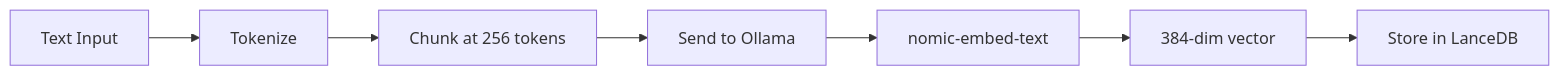
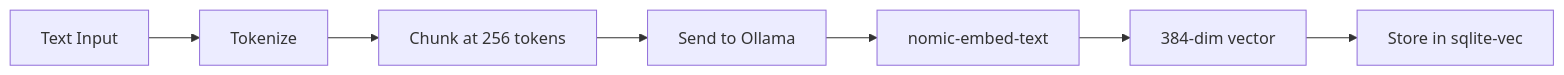
One commit to jpollock/local-addon-nexus-ai changed the fourth of 7 diagrams in docs-site/docs/architecture/cli-architecture.md. Above: the diagram before and after it, drawn with Mermaid. The commit also changed other lines of this file and 37 other files, not shown here.

First line of the commit message:
docs(site): the truth sweep — sqlite-vec everywhere, real counts, real tabs, ui-quick-start rewritten

````diff
--- a/docs-site/docs/architecture/cli-architecture.md
+++ b/docs-site/docs/architecture/cli-architecture.md
@@ -696,9 +695,9 @@
 ```mermaid
 graph LR
     A[Text Input] --> B[Tokenize]
     B --> C[Chunk at 256 tokens]
     C --> D[Send to Ollama]
     D --> E[nomic-embed-text]
     E --> F[384-dim vector]
-    F --> G[Store in LanceDB]
+    F --> G[Store in sqlite-vec]
 ```
````
